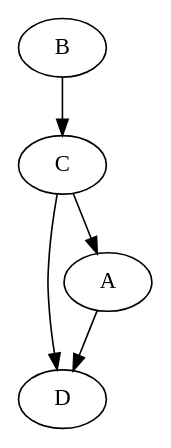
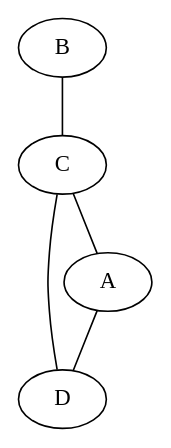
One commit to bj-study/CAB203-Discrete-Structures changed the first of 10 diagrams in CAB203 - Discrete Structures.md. Above: the diagram before and after it, drawn with Graphviz. The commit also changed other lines of this file and 1 other file, not shown here.

Commit message:
Week 9 - Directed Graphs

````diff
--- a/CAB203 - Discrete Structures.md
+++ b/CAB203 - Discrete Structures.md
@@ -1870,8 +1870,8 @@
 ```dot {engine='neato'}
-digraph G {
-	B -> C
-	C -> D
-	C -> A
-	A -> D
+graph {
+	B -- C
+	C -- D
+	C -- A
+	A -- D
 }
 ```
````
